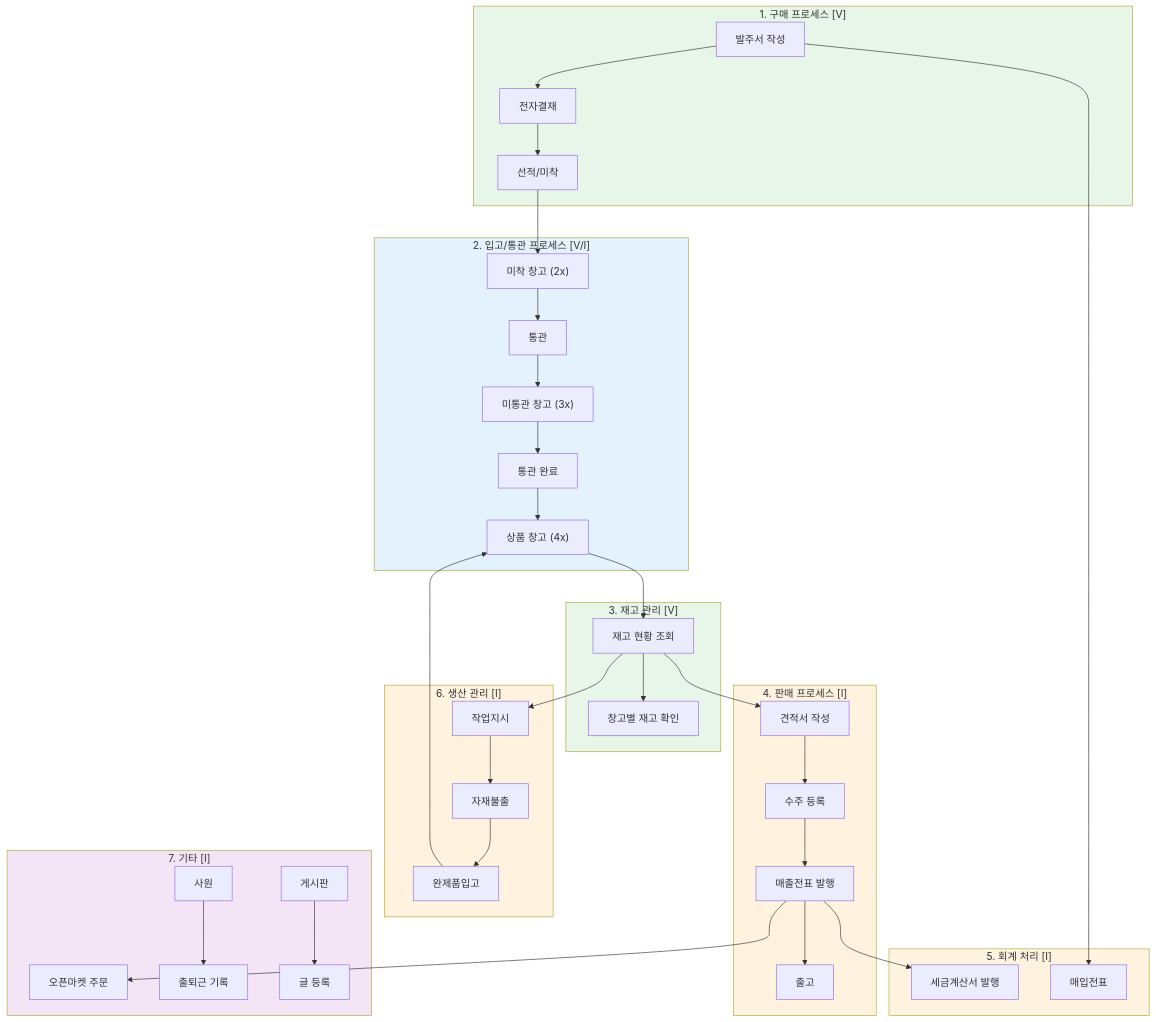
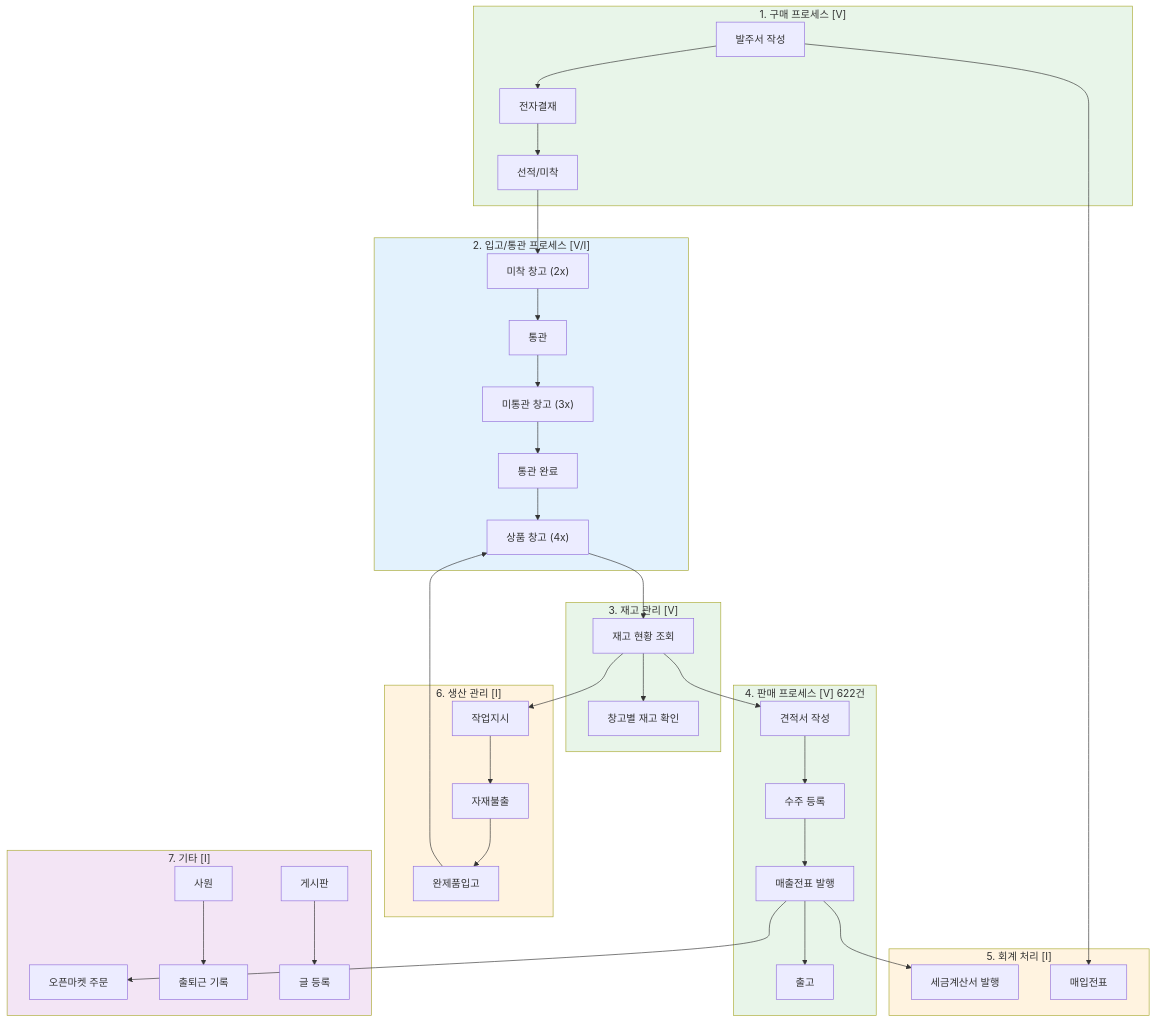
The first of 6 diagrams in docs/03-business-workflow.md (hjsh200219/astrosECOUNT), drawn with Mermaid before and after one commit. The commit also changed other lines of this file and 8 other files, not shown here.

````diff
--- a/docs/03-business-workflow.md
+++ b/docs/03-business-workflow.md
@@ -7,53 +7,53 @@
 ```mermaid
 flowchart TD
     subgraph 구매["1. 구매 프로세스 [V]"]
         PO[발주서 작성] --> EDMS[전자결재]
         EDMS --> SHIP[선적/미착]
     end
 
     subgraph 입고["2. 입고/통관 프로세스 [V/I]"]
         SHIP --> WH_UNCLEARED["미착 창고 (2x)"]
         WH_UNCLEARED --> CUSTOMS[통관]
         CUSTOMS --> WH_CUSTOMS["미통관 창고 (3x)"]
         WH_CUSTOMS --> CLEAR[통관 완료]
         CLEAR --> WH_PRODUCT["상품 창고 (4x)"]
     end
 
     subgraph 재고["3. 재고 관리 [V]"]
         WH_PRODUCT --> INV_CHECK[재고 현황 조회]
         INV_CHECK --> INV_LOC[창고별 재고 확인]
     end
 
-    subgraph 판매["4. 판매 프로세스 [I]"]
+    subgraph 판매["4. 판매 프로세스 [V] 622건"]
         INV_CHECK --> QUOTE[견적서 작성]
         QUOTE --> SO[수주 등록]
         SO --> SALE[매출전표 발행]
         SALE --> SHIP_OUT[출고]
     end
 
     subgraph 회계["5. 회계 처리 [I]"]
         SALE --> INVOICE[세금계산서 발행]
         PO --> PURCHASE_SLIP[매입전표]
     end
 
     subgraph 생산["6. 생산 관리 [I]"]
         INV_CHECK --> JOB[작업지시]
         JOB --> GI[자재불출]
         GI --> GR[완제품입고]
         GR --> WH_PRODUCT
     end
 
     subgraph 기타["7. 기타 [I]"]
         SALE --> OPENMARKET[오픈마켓 주문]
         EMP[사원] --> CLOCK[출퇴근 기록]
         BOARD[게시판] --> POST[글 등록]
     end
 
     style 구매 fill:#e8f5e9
     style 입고 fill:#e3f2fd
     style 재고 fill:#e8f5e9
-    style 판매 fill:#fff3e0
+    style 판매 fill:#e8f5e9
     style 회계 fill:#fff3e0
     style 생산 fill:#fff3e0
     style 기타 fill:#f3e5f5
 ```
````
